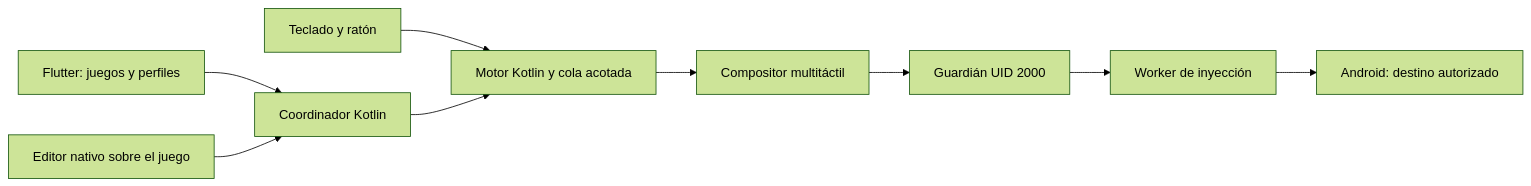
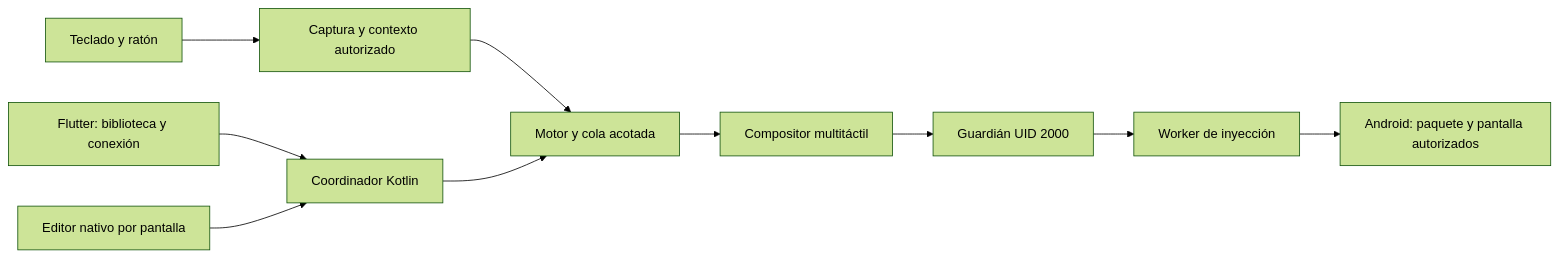
One commit to BryamContreras/UwU-Mouse changed the diagram in docs/PUBLIC_ARCHITECTURE.md. Above: the diagram before and after it, drawn with Mermaid (forest theme). The commit also changed other lines of this file and 55 other files, not shown here.

````diff
--- a/docs/PUBLIC_ARCHITECTURE.md
+++ b/docs/PUBLIC_ARCHITECTURE.md
@@ -5,11 +5,12 @@
 ```mermaid
 flowchart LR
-    UI[Flutter: juegos y perfiles] --> Coordinator[Coordinador Kotlin]
-    Editor[Editor nativo sobre el juego] --> Coordinator
-    Input[Teclado y ratón] --> Engine[Motor Kotlin y cola acotada]
+    UI[Flutter: biblioteca y conexión] --> Coordinator[Coordinador Kotlin]
+    Editor[Editor nativo por pantalla] --> Coordinator
+    Input[Teclado y ratón] --> Capture[Captura y contexto autorizado]
+    Capture --> Engine[Motor y cola acotada]
     Coordinator --> Engine
     Engine --> Composer[Compositor multitáctil]
     Composer --> Guardian[Guardián UID 2000]
     Guardian --> Worker[Worker de inyección]
-    Worker --> Android[Android: destino autorizado]
+    Worker --> Android[Android: paquete y pantalla autorizados]
 ```
````
